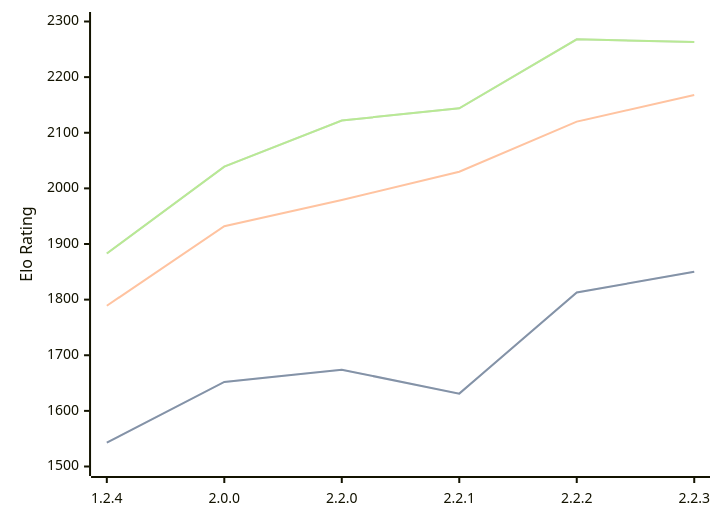
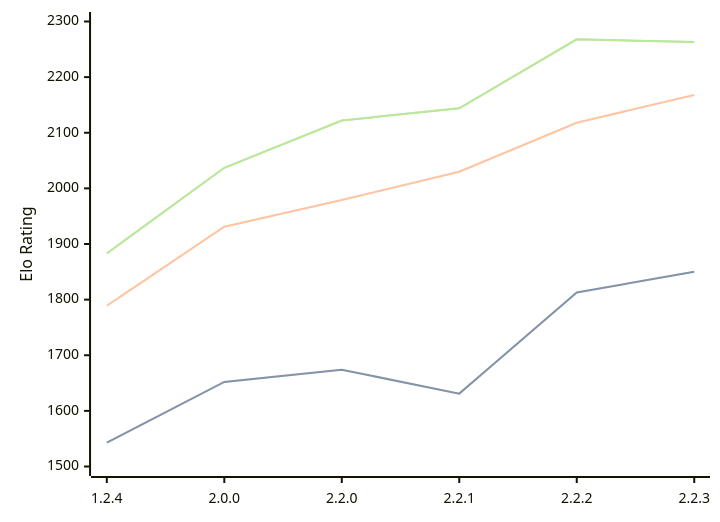
The diagram in engines/Kreveta.md (computer-chess-index/cci), drawn with Mermaid before and after one commit. The commit also changed other lines of this file, not shown here.

Commit message:
Update CCI Ratings (ELO VLTC) - 2026-02-27

````diff
--- a/engines/Kreveta.md
+++ b/engines/Kreveta.md
@@ -37,11 +37,11 @@
 ```mermaid
 %%{init: {"theme":"base","themeVariables":{"seriesColors:['#a3a3a3','#222221','#faa371']}}}%%
 xychart-beta
   x-axis ["1.2.4", "2.0.0", "2.2.0", "2.2.1", "2.2.2", "2.2.3"]
   y-axis "Elo Rating" 1500 --> 2300
   line "STC (8.0+0.08s)" [1543, 1652, 1674, 1631, 1813, 1850]
   line "STC (8.0+0.08s)" [1543, 1652, 1674, 1631, 1813, 1850]
-  line "LTC (60.0+0.60s)" [1789, 1932, 1979, 2030, 2120, 2168]
-  line "VLTC (2m24s+1.12s)" [1883, 2039, 2122, 2144, 2268, 2263]
-  line "VLTC (2m24s+1.12s)" [1883, 2039, 2122, 2144, 2268, 2263]
+  line "LTC (60.0+0.60s)" [1789, 1931, 1979, 2030, 2118, 2168]
+  line "VLTC (2m24s+1.12s)" [1883, 2037, 2122, 2144, 2268, 2263]
+  line "VLTC (2m24s+1.12s)" [1883, 2037, 2122, 2144, 2268, 2263]
 ```
````
